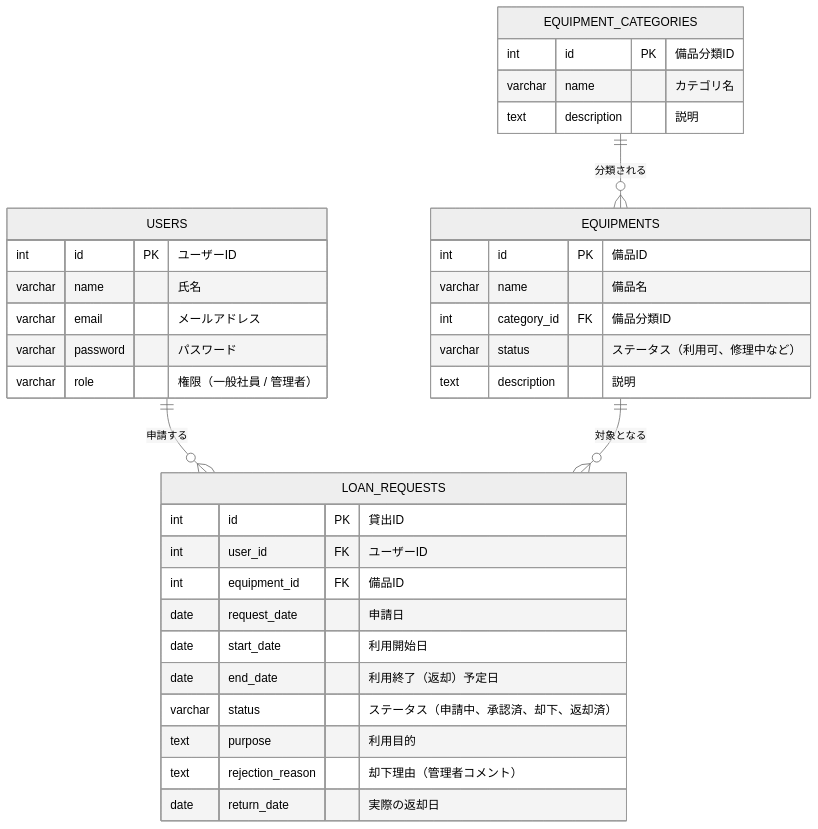
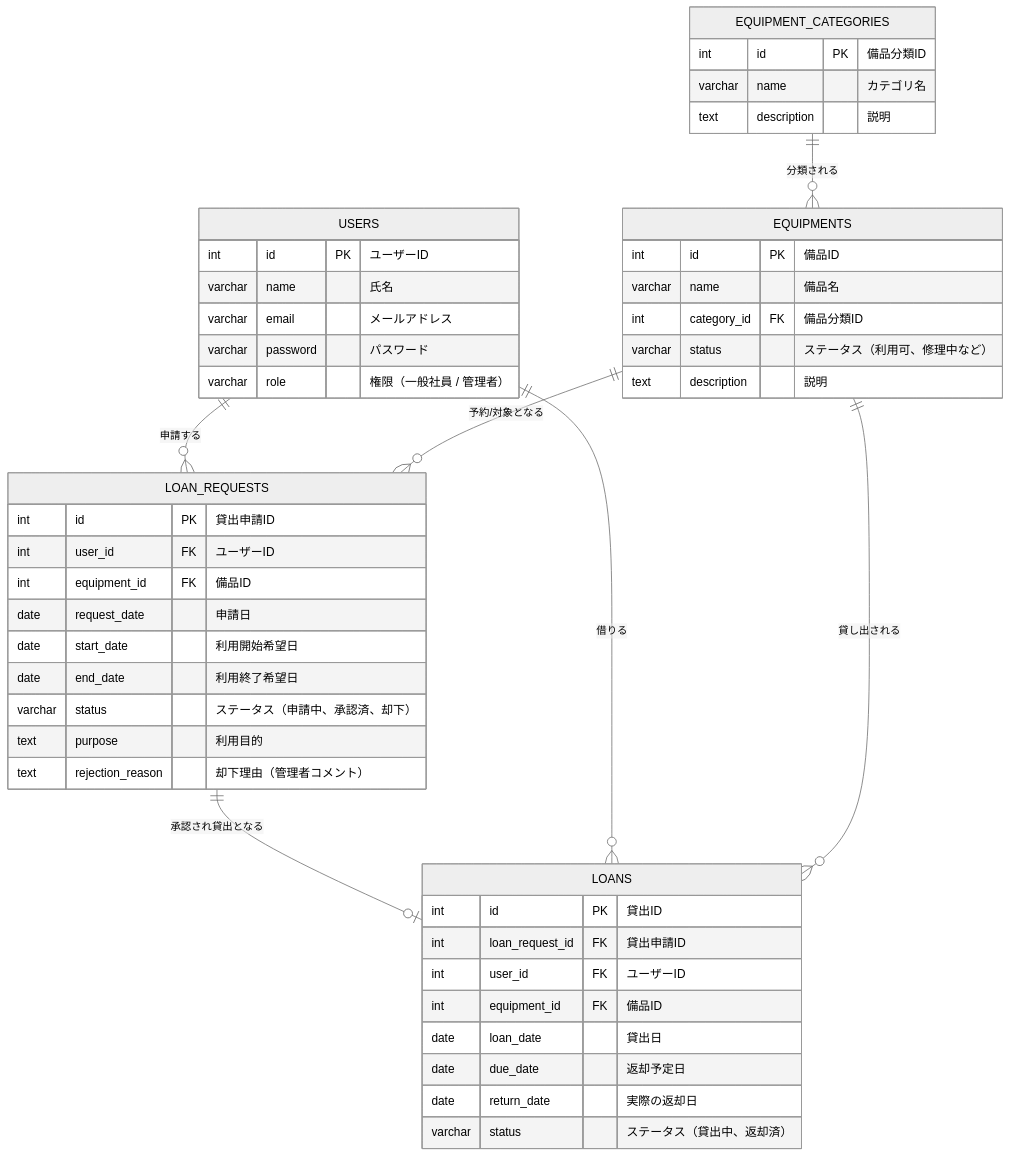
The diagram in doc/基本設計/02_ER図.md (akira0716/salto-12d), drawn with Mermaid (neutral theme) before and after one commit. The commit also changed other lines of this file and 6 other files, not shown here.

````diff
--- a/doc/基本設計/02_ER図.md
+++ b/doc/基本設計/02_ER図.md
@@ -3,45 +3,59 @@
 ```mermaid
 erDiagram
     USERS ||--o{ LOAN_REQUESTS : "申請する"
-    EQUIPMENTS ||--o{ LOAN_REQUESTS : "対象となる"
+    EQUIPMENTS ||--o{ LOAN_REQUESTS : "予約/対象となる"
     EQUIPMENT_CATEGORIES ||--o{ EQUIPMENTS : "分類される"
+    LOAN_REQUESTS ||--o| LOANS : "承認され貸出となる"
+    USERS ||--o{ LOANS : "借りる"
+    EQUIPMENTS ||--o{ LOANS : "貸し出される"
 
     %% 利用者テーブル
     USERS {
         int id PK "ユーザーID"
         varchar name "氏名"
         varchar email "メールアドレス"
         varchar password "パスワード"
         varchar role "権限（一般社員 / 管理者）"
     }
 
     %% 備品分類（カテゴリ）テーブル
     EQUIPMENT_CATEGORIES {
         int id PK "備品分類ID"
         varchar name "カテゴリ名"
         text description "説明"
     }
 
     %% 備品テーブル
     EQUIPMENTS {
         int id PK "備品ID"
         varchar name "備品名"
         int category_id FK "備品分類ID"
         varchar status "ステータス（利用可、修理中など）"
         text description "説明"
     }
 
-    %% 貸出情報（申請・状態管理）テーブル
+    %% 貸出申請テーブル
     LOAN_REQUESTS {
-        int id PK "貸出ID"
+        int id PK "貸出申請ID"
         int user_id FK "ユーザーID"
         int equipment_id FK "備品ID"
         date request_date "申請日"
-        date start_date "利用開始日"
-        date end_date "利用終了（返却）予定日"
-        varchar status "ステータス（申請中、承認済、却下、返却済）"
+        date start_date "利用開始希望日"
+        date end_date "利用終了希望日"
+        varchar status "ステータス（申請中、承認済、却下）"
         text purpose "利用目的"
         text rejection_reason "却下理由（管理者コメント）"
+    }
+
+    %% 貸出テーブル
+    LOANS {
+        int id PK "貸出ID"
+        int loan_request_id FK "貸出申請ID"
+        int user_id FK "ユーザーID"
+        int equipment_id FK "備品ID"
+        date loan_date "貸出日"
+        date due_date "返却予定日"
         date return_date "実際の返却日"
+        varchar status "ステータス（貸出中、返却済）"
     }
 ```
````
